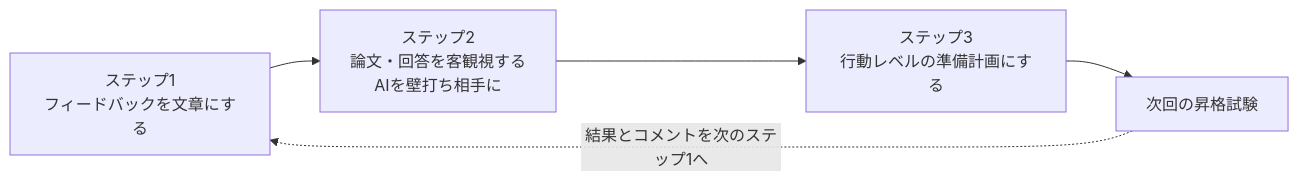
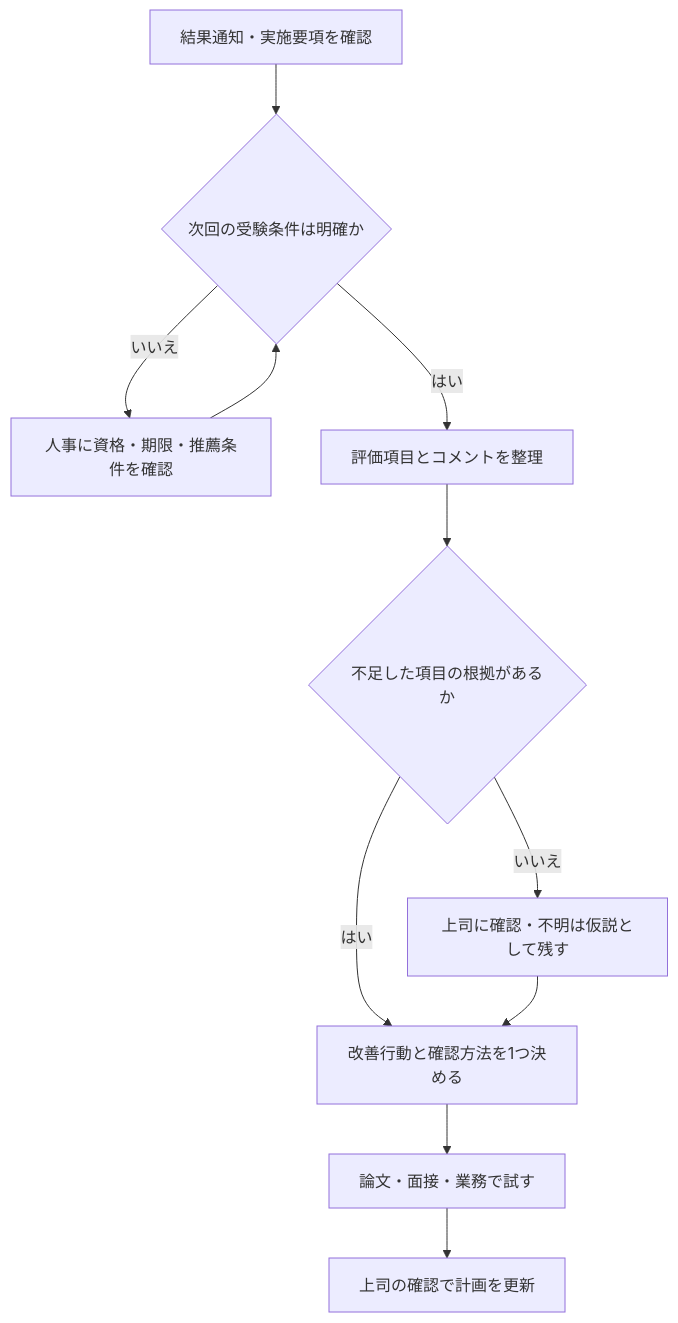
The diagram in src/data/post/career/shoukaku-shiken-ochita/index.md (sasisi344/syllabus-hack), drawn with Mermaid before and after one commit. The commit also changed other lines of this file and 25 other files, not shown here.

````diff
--- a/src/data/post/career/shoukaku-shiken-ochita/index.md
+++ b/src/data/post/career/shoukaku-shiken-ochita/index.md
@@ -65,7 +46,13 @@
-```mermaid caption="昇格試験に落ちた原因を、次の準備に変える3ステップ"
-flowchart LR
-  A["ステップ1<br/>フィードバックを文章にする"] --> B["ステップ2<br/>論文・回答を客観視する<br/>AIを壁打ち相手に"]
-  B --> C["ステップ3<br/>行動レベルの準備計画にする"]
-  C --> D["次回の昇格試験"]
-  D -.->|結果とコメントを次のステップ1へ| A
+```mermaid caption="昇格試験の結果を、確認できる改善行動に変える流れ"
+flowchart TD
+  A["結果通知・実施要項を確認"] --> B{"次回の受験条件は明確か"}
+  B -->|いいえ| C["人事に資格・期限・推薦条件を確認"]
+  C --> B
+  B -->|はい| D["評価項目とコメントを整理"]
+  D --> E{"不足した項目の根拠があるか"}
+  E -->|いいえ| F["上司に確認・不明は仮説として残す"]
+  E -->|はい| G["改善行動と確認方法を1つ決める"]
+  F --> G
+  G --> H["論文・面接・業務で試す"]
+  H --> I["上司の確認で計画を更新"]
 ```
````
